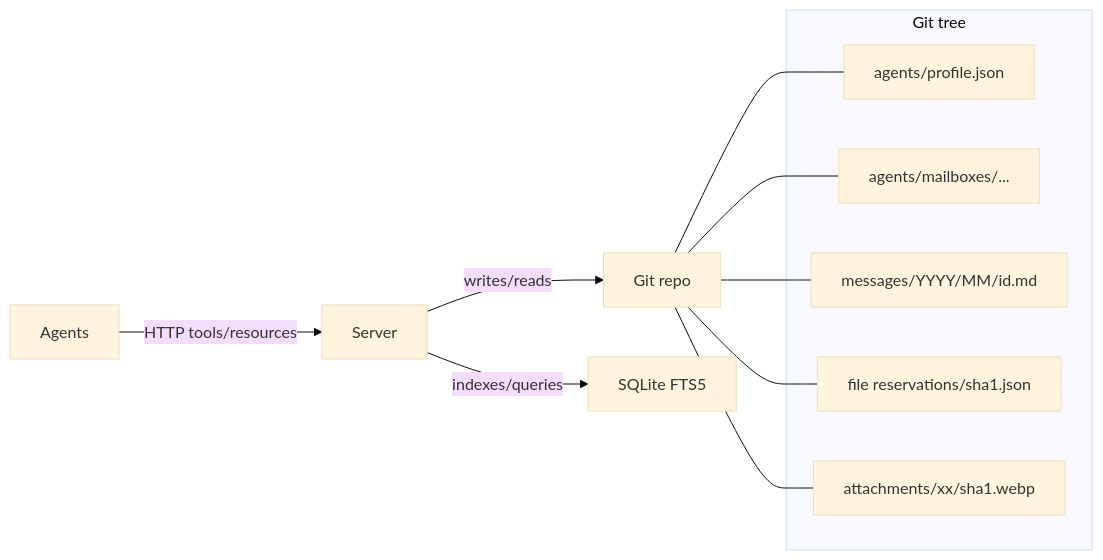
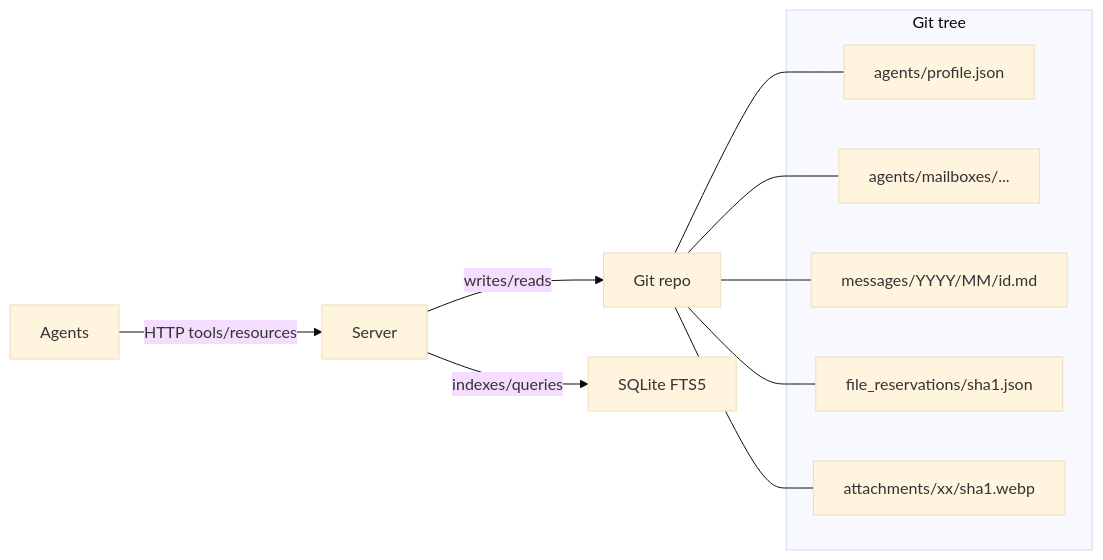
The first of 4 diagrams in README.md (Dicklesworthstone/mcp_agent_mail), drawn with Mermaid (base theme) before and after one commit. The commit also changed other lines of this file and 5 other files, not shown here.

````diff
--- a/README.md
+++ b/README.md
@@ -47,25 +47,25 @@
 ```mermaid
 graph LR
   A[Agents]
   S[Server]
   G[Git repo]
   Q[SQLite FTS5]
 
   A -->|HTTP tools/resources| S
   S -->|writes/reads| G
   S -->|indexes/queries| Q
 
   subgraph GitTree["Git tree"]
     GI1[agents/profile.json]
     GI2[agents/mailboxes/...]
     GI3[messages/YYYY/MM/id.md]
-    GI4[file reservations/sha1.json]
+    GI4[file_reservations/sha1.json]
     GA[attachments/xx/sha1.webp]
   end
 
   G --- GI1
   G --- GI2
   G --- GI3
   G --- GI4
   G --- GA
 ```
````
